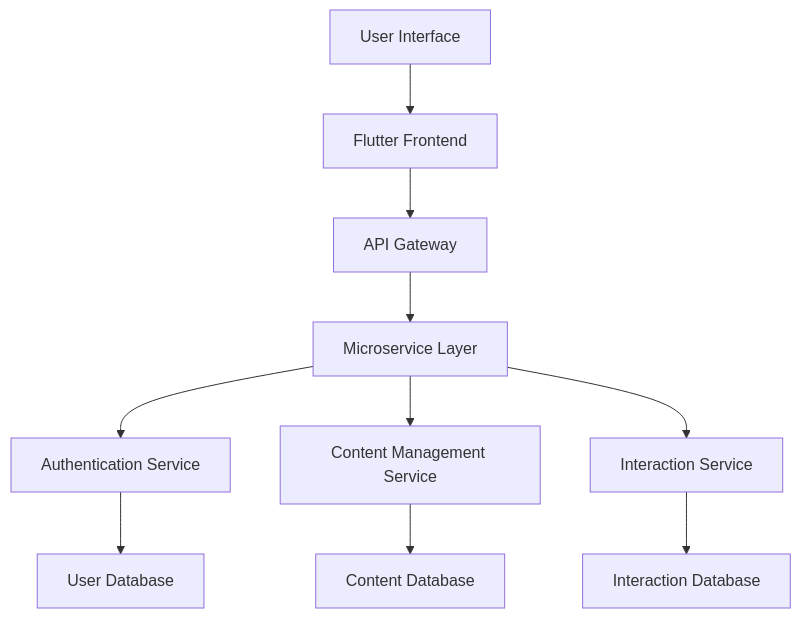
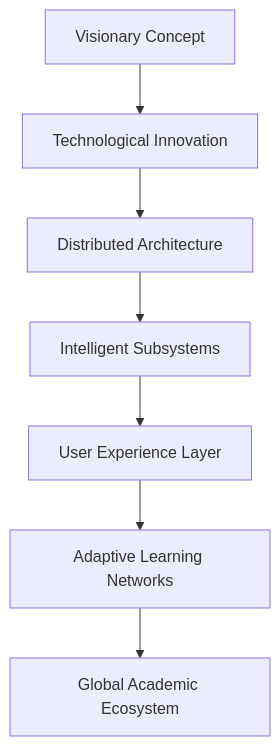
Before and after one commit to Ngum12/Individual-Assignment-02: the diagram in freeworld_post/README.md, drawn with Mermaid. The commit also changed other lines of this file, not shown here.

````diff
--- a/freeworld_post/README.md
+++ b/freeworld_post/README.md
@@ -41,12 +15,9 @@
 ```mermaid
 graph TD
-    A[User Interface] --> B[Flutter Frontend]
-    B --> C[API Gateway]
-    C --> D[Microservice Layer]
-    D --> E[Authentication Service]
-    D --> F[Content Management Service]
-    D --> G[Interaction Service]
-    E --> H[User Database]
-    F --> I[Content Database]
-    G --> J[Interaction Database]
+    A[Visionary Concept] --> B[Technological Innovation]
+    B --> C[Distributed Architecture]
+    C --> D[Intelligent Subsystems]
+    D --> E[User Experience Layer]
+    E --> F[Adaptive Learning Networks]
+    F --> G[Global Academic Ecosystem]
 ```
````
